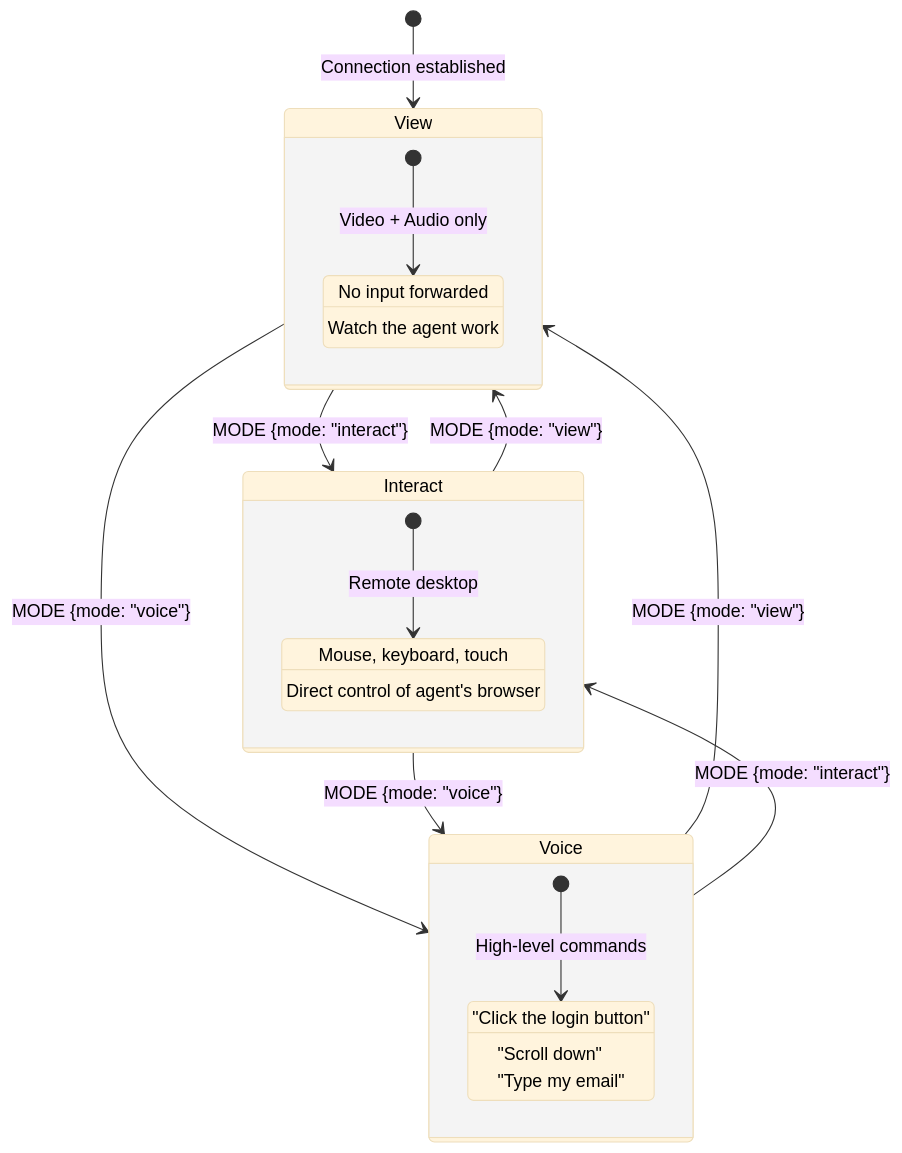
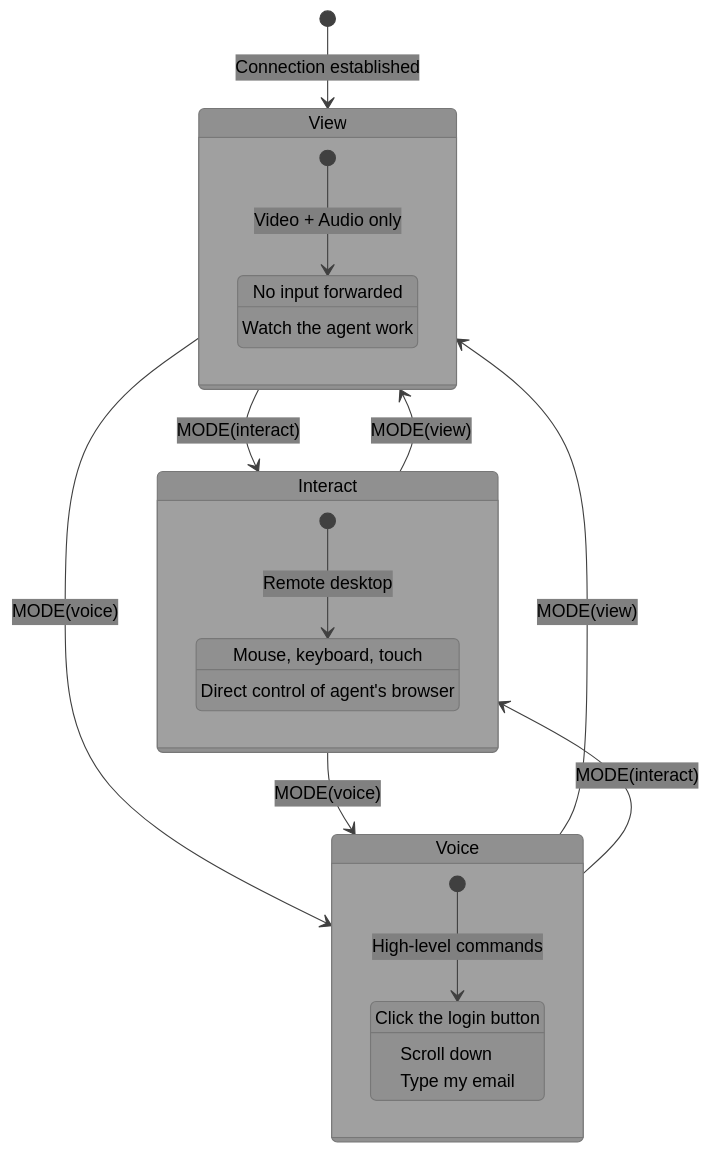
One commit to deftai/vroom changed the second of 23 diagrams in README.md. Above: the diagram before and after it, drawn with Mermaid.

Commit message:
docs: fix stateDiagram-v2 transition label syntax and apply grayscale theme
Replace curly-brace notation in transition labels (invalid stateDiagram-v2
syntax) with parentheses, remove quoted strings from state descriptions,
and apply full grayscale theme variables to the Interaction Modes diagram.

````diff
--- a/README.md
+++ b/README.md
@@ -47,31 +47,31 @@
 ```mermaid
-%%{init: {'theme': 'base', 'themeVariables': {'primaryTextColor': '#000', 'lineColor': '#333'}}}%%
+%%{init: {'theme': 'base', 'themeVariables': {'primaryTextColor': '#000000', 'secondaryTextColor': '#000000', 'tertiaryTextColor': '#000000', 'noteTextColor': '#000000', 'primaryColor': '#909090', 'secondaryColor': '#808080', 'tertiaryColor': '#707070', 'lineColor': '#404040', 'stateLabelColor': '#000000', 'compositeBackground': '#a0a0a0'}}}%%
 stateDiagram-v2
     [*] --> View: Connection established
 
-    View --> Interact: MODE {mode: "interact"}
-    View --> Voice: MODE {mode: "voice"}
-    Interact --> View: MODE {mode: "view"}
-    Interact --> Voice: MODE {mode: "voice"}
-    Voice --> View: MODE {mode: "view"}
-    Voice --> Interact: MODE {mode: "interact"}
+    View --> Interact: MODE(interact)
+    View --> Voice: MODE(voice)
+    Interact --> View: MODE(view)
+    Interact --> Voice: MODE(voice)
+    Voice --> View: MODE(view)
+    Voice --> Interact: MODE(interact)
 
     state View {
         [*] --> v1: Video + Audio only
         v1: No input forwarded
         v1: Watch the agent work
     }
 
     state Interact {
         [*] --> i1: Remote desktop
         i1: Mouse, keyboard, touch
         i1: Direct control of agent's browser
     }
 
     state Voice {
         [*] --> c1: High-level commands
-        c1: "Click the login button"
-        c1: "Scroll down"
-        c1: "Type my email"
+        c1: Click the login button
+        c1: Scroll down
+        c1: Type my email
     }
 ```
````
